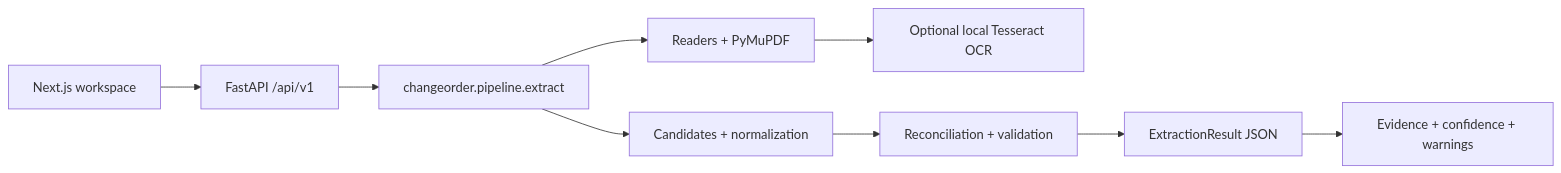
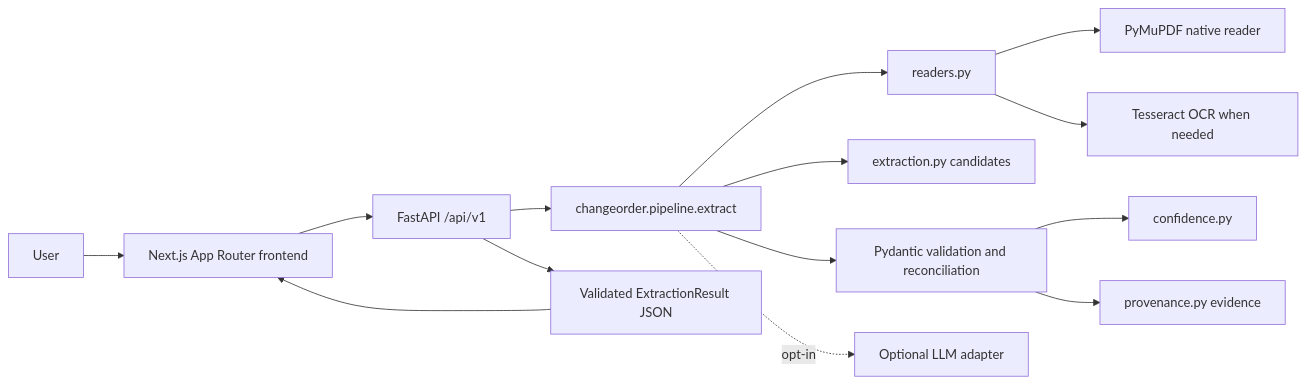
The first of 8 diagrams in README.md (HUSNAIN-MUNAWAR/change-order-intelligence-platform), drawn with Mermaid before and after one commit. The commit also changed other lines of this file, not shown here.

Commit message:
Expand README architecture and OCR diagrams

````diff
--- a/README.md
+++ b/README.md
@@ -68,11 +83,16 @@
 ```mermaid
 flowchart LR
-    Browser["Next.js workspace"] --> API["FastAPI /api/v1"]
-    API --> Engine["changeorder.pipeline.extract"]
-    Engine --> Reader["Readers + PyMuPDF"]
-    Reader --> OCR["Optional local Tesseract OCR"]
-    Engine --> Candidates["Candidates + normalization"]
-    Candidates --> Reconcile["Reconciliation + validation"]
-    Reconcile --> Result["ExtractionResult JSON"]
-    Result --> Evidence["Evidence + confidence + warnings"]
+    U[User] --> F[Next.js App Router frontend]
+    F --> A[FastAPI /api/v1]
+    A --> P[changeorder.pipeline.extract]
+    P --> R[readers.py]
+    R --> N[PyMuPDF native reader]
+    R --> O[Tesseract OCR when needed]
+    P --> E[extraction.py candidates]
+    P --> V[Pydantic validation and reconciliation]
+    V --> C[confidence.py]
+    V --> Q[provenance.py evidence]
+    P -. opt-in .-> L[Optional LLM adapter]
+    A --> J[Validated ExtractionResult JSON]
+    J --> F
 ```
````
